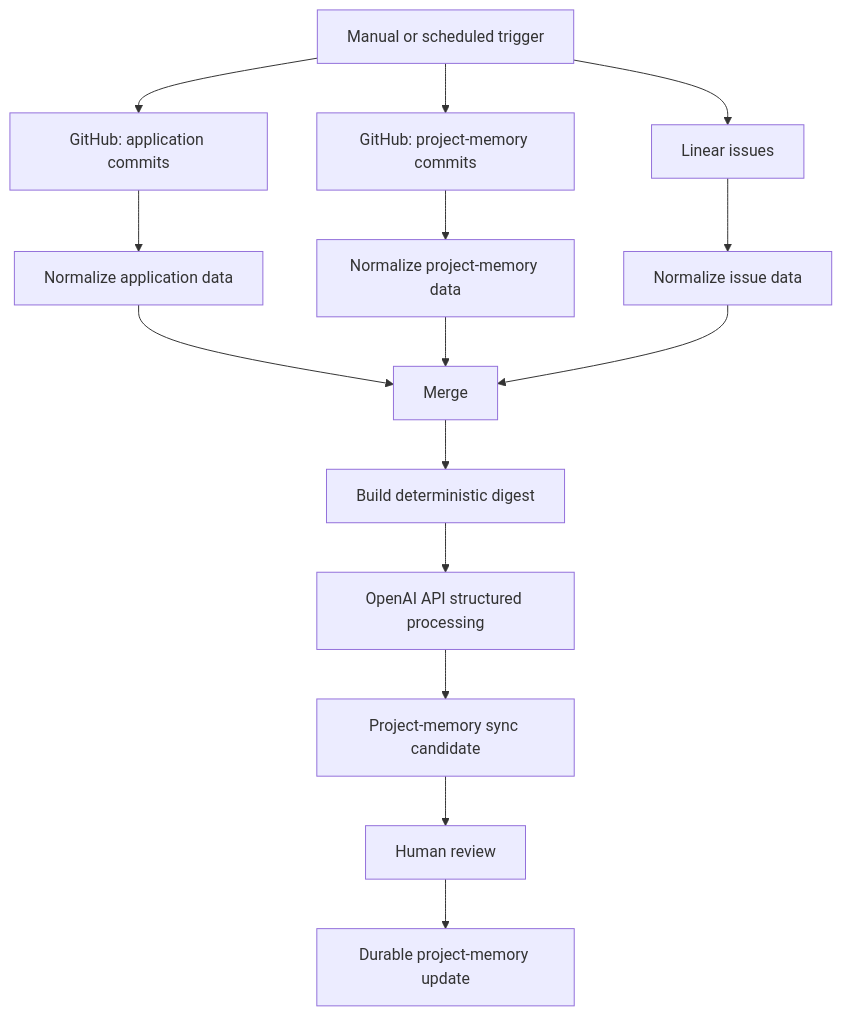
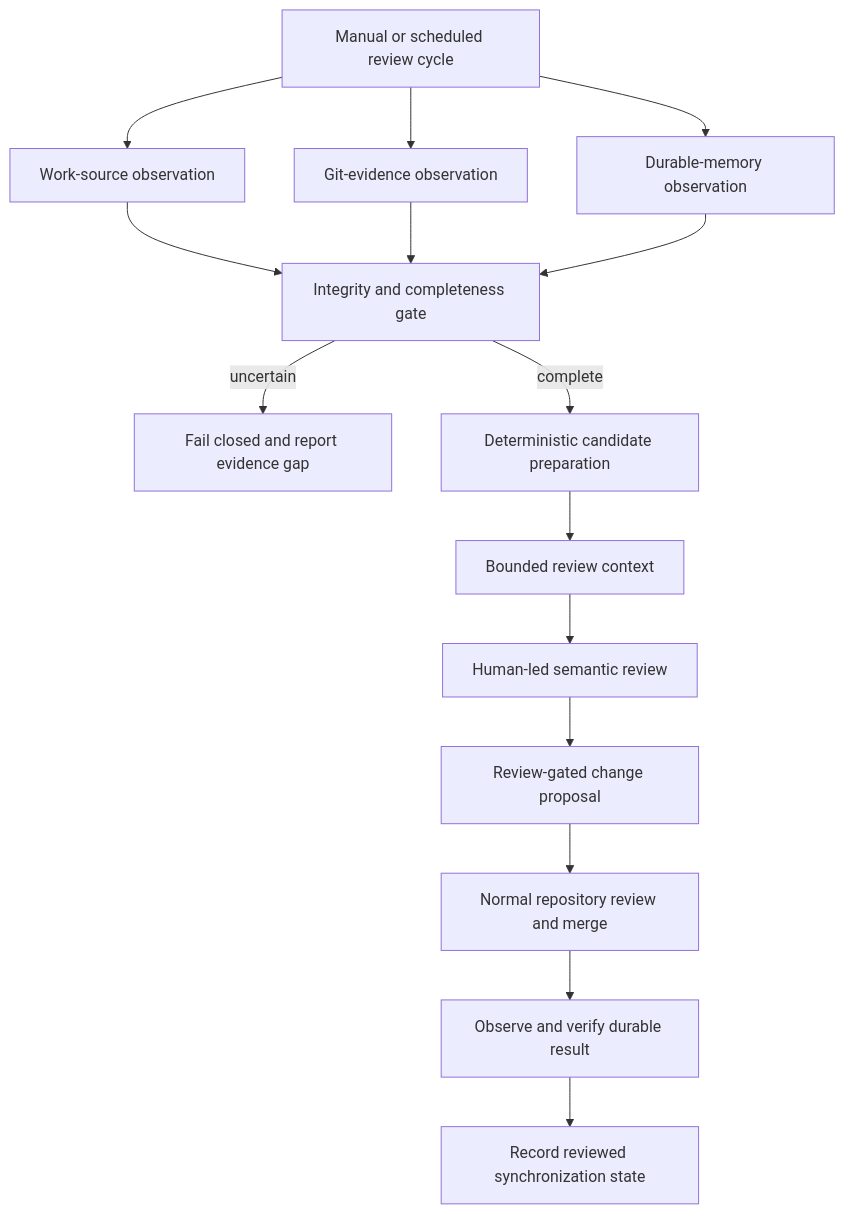
The diagram in diagrams/workflow.md (Charles-drZ/automation-workflow-showcase), drawn with Mermaid before and after one commit. The commit also changed other lines of this file and 9 other files, not shown here.

First line of the commit message:
Align deep automation docs with durable sync direction (#5)

````diff
--- a/diagrams/workflow.md
+++ b/diagrams/workflow.md
@@ -3,17 +5,17 @@
 ```mermaid
 flowchart TD
-    A[Manual or scheduled trigger] --> B[GitHub: application commits]
-    A --> C[GitHub: project-memory commits]
-    A --> D[Linear issues]
-    B --> E[Normalize application data]
-    C --> F[Normalize project-memory data]
-    D --> G[Normalize issue data]
-    E --> H[Merge]
-    F --> H
-    G --> H
-    H --> I[Build deterministic digest]
-    I --> J[OpenAI API structured processing]
-    J --> K[Project-memory sync candidate]
-    K --> L[Human review]
-    L --> M[Durable project-memory update]
+    A[Manual or scheduled review cycle] --> B[Work-source observation]
+    A --> C[Git-evidence observation]
+    A --> D[Durable-memory observation]
+    B --> E[Integrity and completeness gate]
+    C --> E
+    D --> E
+    E -->|uncertain| F[Fail closed and report evidence gap]
+    E -->|complete| G[Deterministic candidate preparation]
+    G --> H[Bounded review context]
+    H --> I[Human-led semantic review]
+    I --> J[Review-gated change proposal]
+    J --> K[Normal repository review and merge]
+    K --> L[Observe and verify durable result]
+    L --> M[Record reviewed synchronization state]
 ```
````
